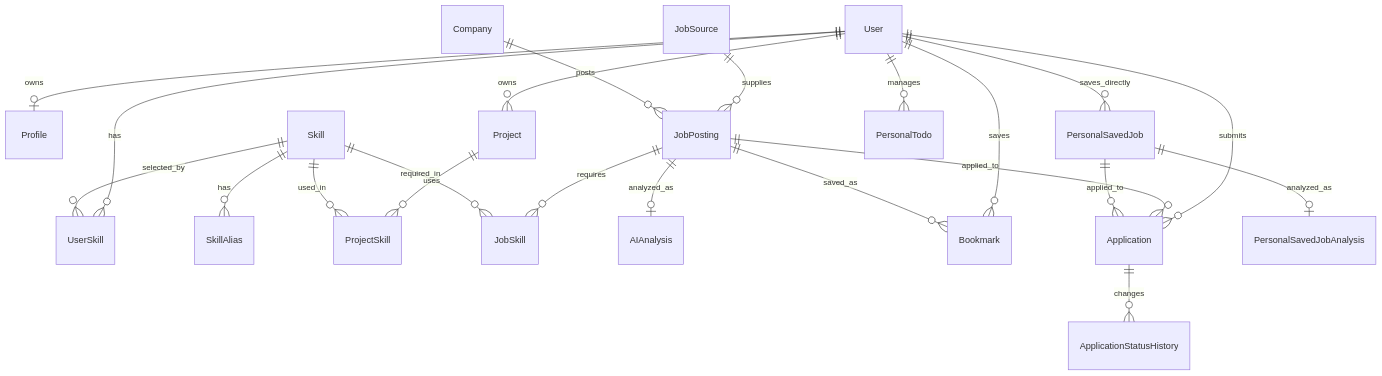
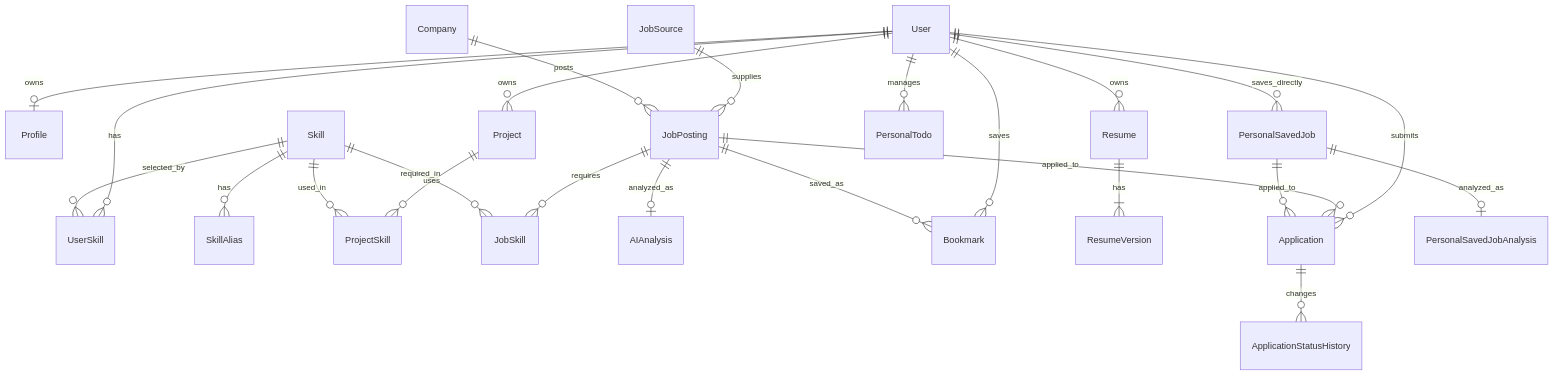
The diagram in docs/erd.md (ChoiMari/dev-job), drawn with Mermaid before and after one commit. The commit also changed other lines of this file and 20 other files, not shown here.

Commit message:
feat: add encrypted resume version backend

````diff
--- a/docs/erd.md
+++ b/docs/erd.md
@@ -31,24 +31,26 @@
 ```mermaid
 erDiagram
     User ||--o| Profile : owns
     User ||--o{ UserSkill : has
     Skill ||--o{ UserSkill : selected_by
     Skill ||--o{ SkillAlias : has
     User ||--o{ Project : owns
     Project ||--o{ ProjectSkill : uses
     Skill ||--o{ ProjectSkill : used_in
     JobSource ||--o{ JobPosting : supplies
     Company ||--o{ JobPosting : posts
     JobPosting ||--o{ JobSkill : requires
     Skill ||--o{ JobSkill : required_in
     JobPosting ||--o| AIAnalysis : analyzed_as
     User ||--o{ Bookmark : saves
     JobPosting ||--o{ Bookmark : saved_as
     User ||--o{ PersonalSavedJob : saves_directly
     User ||--o{ PersonalTodo : manages
+    User ||--o{ Resume : owns
+    Resume ||--|{ ResumeVersion : has
     User ||--o{ Application : submits
     JobPosting ||--o{ Application : applied_to
     PersonalSavedJob ||--o{ Application : applied_to
     PersonalSavedJob ||--o| PersonalSavedJobAnalysis : analyzed_as
     Application ||--o{ ApplicationStatusHistory : changes
 ```
````
